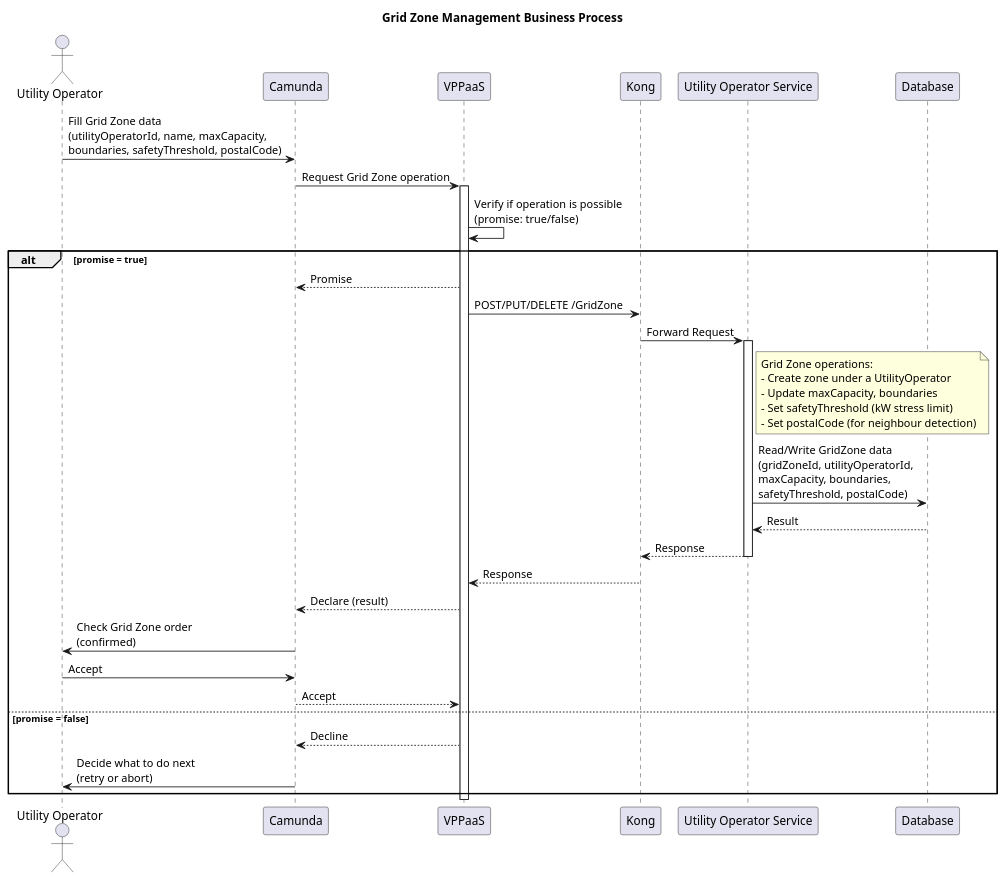
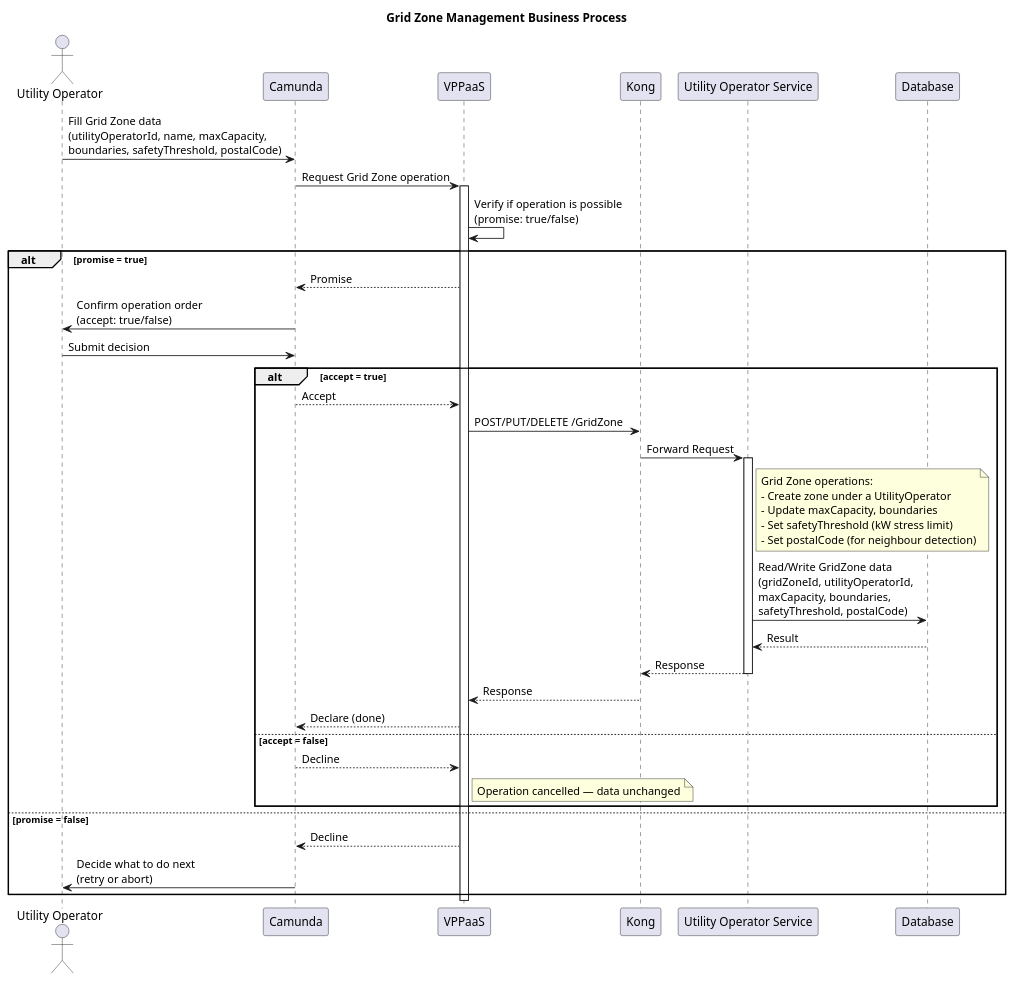
One commit to WatchYoJet/VPPaaS changed the diagram in Sequence-Diagrams/Grid-Zone-Management.wsd. Above: the diagram before and after it, drawn with PlantUML. The commit also changed 108 other files, not shown here.

```diff
--- a/Sequence-Diagrams/Grid-Zone-Management.wsd
+++ b/Sequence-Diagrams/Grid-Zone-Management.wsd
@@ -1,35 +1,42 @@
 title Grid Zone Management Business Process
 
 actor "Utility Operator" as UO
 participant Camunda
 participant VPPaaS
 participant Kong
 participant "Utility Operator Service" as Service
 
 UO->Camunda: Fill Grid Zone data\n(utilityOperatorId, name, maxCapacity,\nboundaries, safetyThreshold, postalCode)
 Camunda->VPPaaS: Request Grid Zone operation
 activate VPPaaS
 VPPaaS->VPPaaS: Verify if operation is possible\n(promise: true/false)
 
 alt promise = true
   VPPaaS-->Camunda: Promise
-  VPPaaS->Kong: POST/PUT/DELETE /GridZone
-  Kong->Service: Forward Request
-  activate Service
+  Camunda->UO: Confirm operation order\n(accept: true/false)
+  UO->Camunda: Submit decision
 
-  note right of Service: Grid Zone operations:\n- Create zone under a UtilityOperator\n- Update maxCapacity, boundaries\n- Set safetyThreshold (kW stress limit)\n- Set postalCode (for neighbour detection)
+  alt accept = true
+    Camunda-->VPPaaS: Accept
+    VPPaaS->Kong: POST/PUT/DELETE /GridZone
+    Kong->Service: Forward Request
+    activate Service
 
-  Service->Database: Read/Write GridZone data\n(gridZoneId, utilityOperatorId,\nmaxCapacity, boundaries,\nsafetyThreshold, postalCode)
-  Database-->Service: Result
-  Service-->Kong: Response
-  deactivate Service
-  Kong-->VPPaaS: Response
-  VPPaaS-->Camunda: Declare (result)
-  Camunda->UO: Check Grid Zone order\n(confirmed)
-  UO->Camunda: Accept
-  Camunda-->VPPaaS: Accept
+    note right of Service: Grid Zone operations:\n- Create zone under a UtilityOperator\n- Update maxCapacity, boundaries\n- Set safetyThreshold (kW stress limit)\n- Set postalCode (for neighbour detection)
+
+    Service->Database: Read/Write GridZone data\n(gridZoneId, utilityOperatorId,\nmaxCapacity, boundaries,\nsafetyThreshold, postalCode)
+    Database-->Service: Result
+    Service-->Kong: Response
+    deactivate Service
+    Kong-->VPPaaS: Response
+    VPPaaS-->Camunda: Declare (done)
+  else accept = false
+    Camunda-->VPPaaS: Decline
+    note right of VPPaaS: Operation cancelled — data unchanged
+  end
+
 else promise = false
   VPPaaS-->Camunda: Decline
   Camunda->UO: Decide what to do next\n(retry or abort)
 end
 deactivate VPPaaS
```
